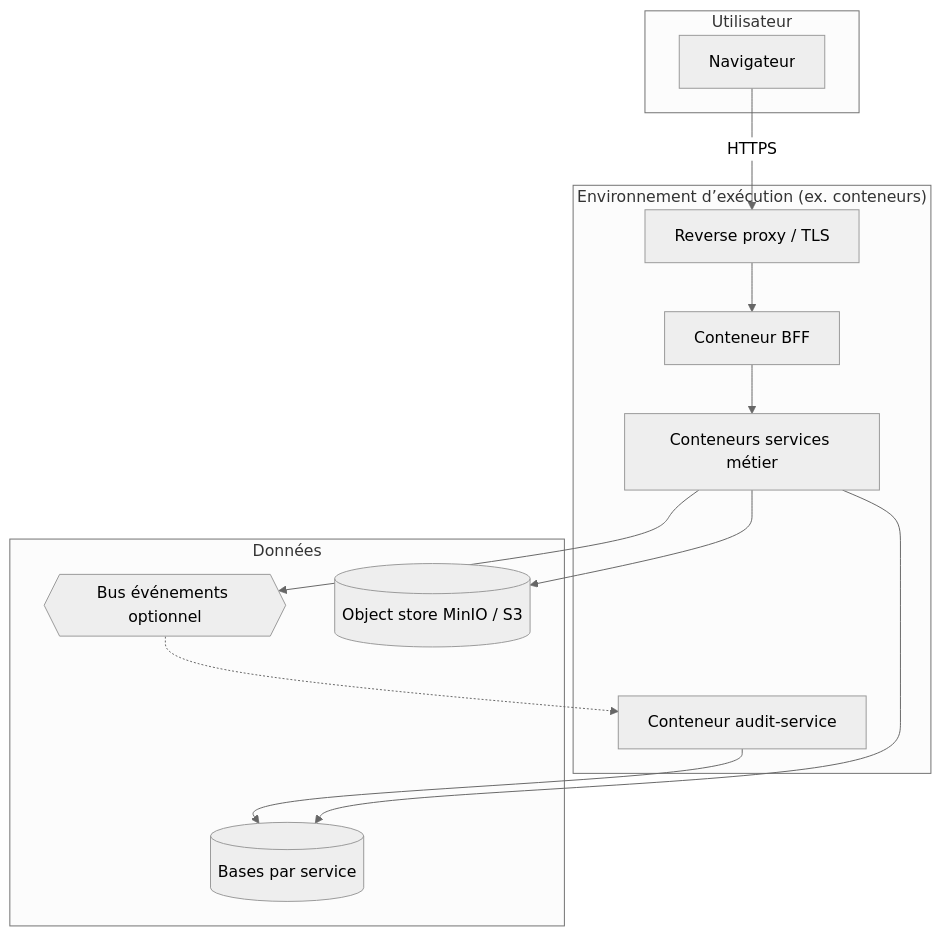
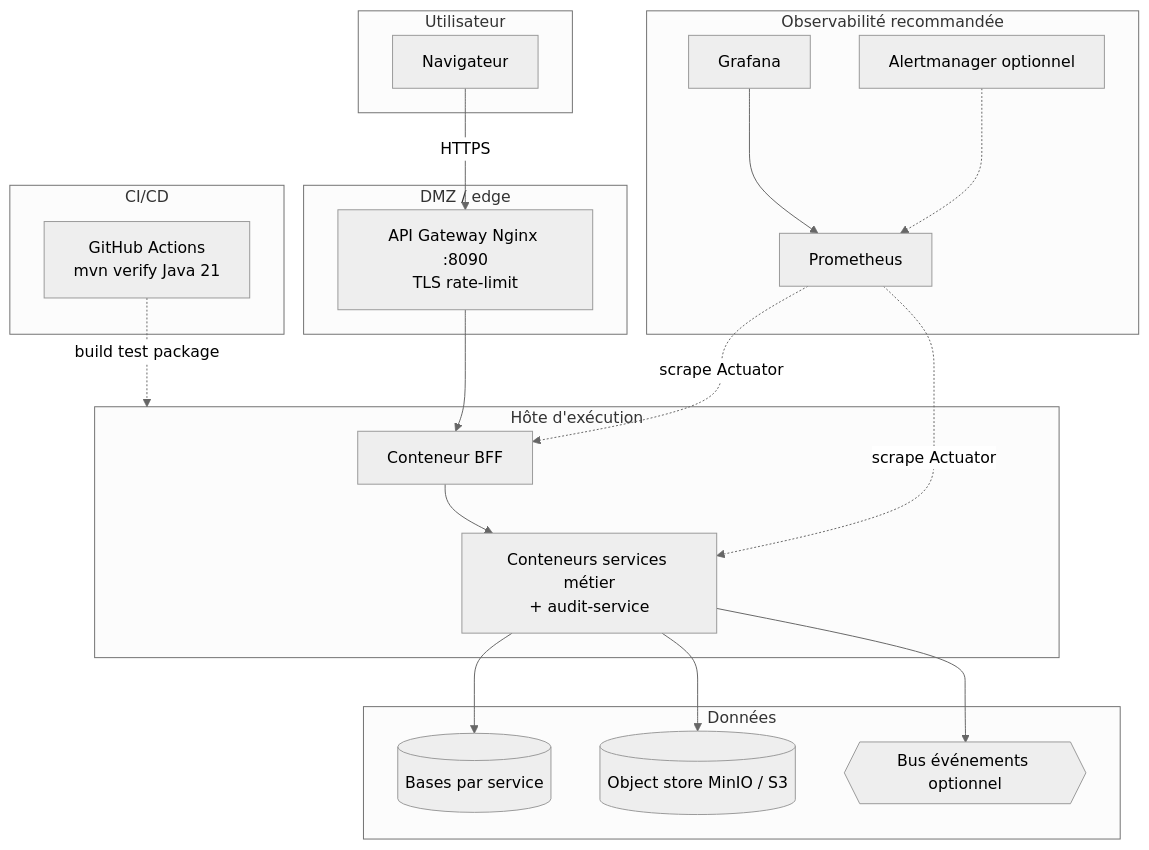
One commit to MechackKasongo/afya changed the fourth of 13 diagrams in docs/DIAGRAMMES_UML.md. Above: the diagram before and after it, drawn with Mermaid (neutral theme). The commit also changed other lines of this file and 42 other files, not shown here.

First line of the commit message:
docs: consolider les diagrammes UML et corriger la syntaxe PlantUML

````diff
--- a/docs/DIAGRAMMES_UML.md
+++ b/docs/DIAGRAMMES_UML.md
@@ -231,28 +256,43 @@
 ```mermaid
 flowchart TB
   subgraph utilisateur["Utilisateur"]
     NAV[Navigateur]
   end
 
-  subgraph runtime["Environnement d’exécution (ex. conteneurs)"]
-    NG[Reverse proxy / TLS]
-    GW[Conteneur BFF]
-    SVC[Conteneurs services métier]
-    AUDC[Conteneur audit-service]
+  subgraph edge["DMZ / edge"]
+    NG[API Gateway Nginx :8090\nTLS rate-limit]
+  end
+
+  subgraph runtime["Hôte d'exécution"]
+    BFF[Conteneur BFF]
+    SVC[Conteneurs services métier\n+ audit-service]
   end
 
   subgraph stockage["Données"]
     DB[(Bases par service)]
     S3[(Object store MinIO / S3)]
     BUS{{Bus événements optionnel}}
   end
 
+  subgraph observabilite["Observabilité recommandée"]
+    PROM[Prometheus]
+    GRAF[Grafana]
+    ALT[Alertmanager optionnel]
+  end
+
+  subgraph cicd["CI/CD"]
+    GHA[GitHub Actions\nmvn verify Java 21]
+  end
+
   NAV -->|HTTPS| NG
-  NG --> GW
-  GW --> SVC
+  NG --> BFF
+  BFF --> SVC
   SVC --> DB
   SVC --> S3
   SVC --> BUS
-  BUS -.-> AUDC
-  AUDC --> DB
+  PROM -.->|scrape Actuator| BFF
+  PROM -.->|scrape Actuator| SVC
+  GRAF --> PROM
+  ALT -.-> PROM
+  GHA -.->|build test package| runtime
 ```
````
